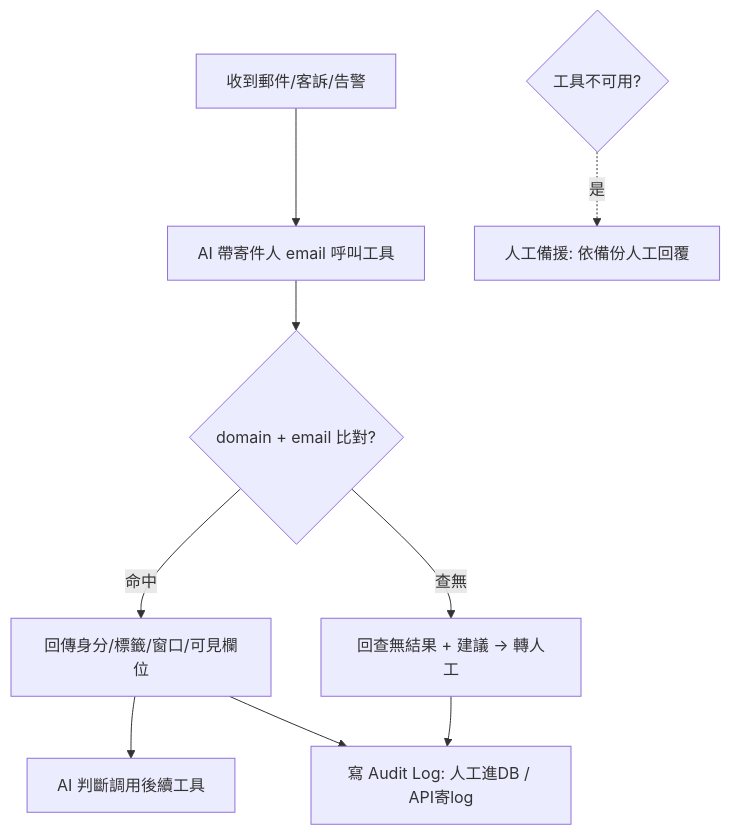
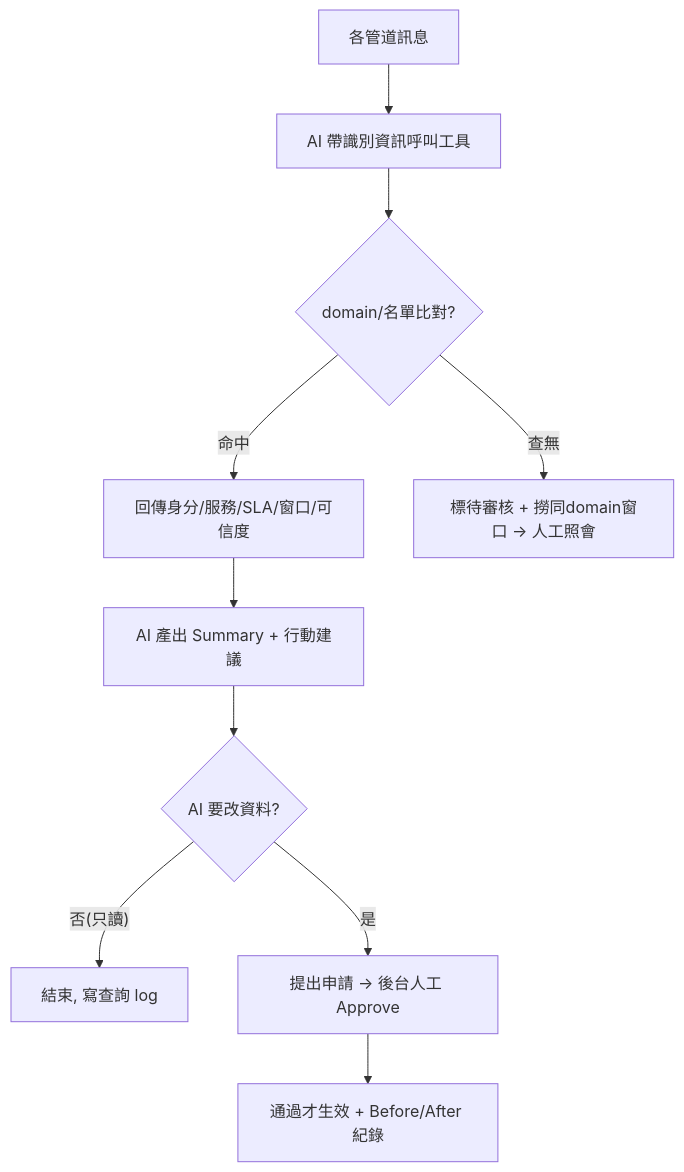
Before and after one commit to xclas721/read: the second of 2 diagrams in 05_我的作業/kyson_w3-spec.md, drawn with Mermaid. The commit also changed other lines of this file and 3 other files, not shown here.

````diff
--- a/05_我的作業/kyson_w3-spec.md
+++ b/05_我的作業/kyson_w3-spec.md
@@ -116,11 +132,12 @@
 ```mermaid
 flowchart TD
-    A[收到郵件/客訴/告警] --> B[AI 帶寄件人 email 呼叫工具]
-    B --> C{domain + email 比對?}
-    C -- 命中 --> D[回傳身分/標籤/窗口/可見欄位]
-    C -- 查無 --> E[回查無結果 + 建議 → 轉人工]
-    D --> F[AI 判斷調用後續工具]
-    D --> G[寫 Audit Log: 人工進DB / API寄log]
-    E --> G
-    H{工具不可用?} -. 是 .-> I[人工備援: 依備份人工回覆]
+    A[各管道訊息] --> B[AI 帶識別資訊呼叫工具]
+    B --> C{domain/名單比對?}
+    C -- 命中 --> D[回傳身分/服務/SLA/窗口/可信度]
+    C -- 查無 --> E[標待審核 + 撈同domain窗口 → 人工照會]
+    D --> F[AI 產出 Summary + 行動建議]
+    F --> G{AI 要改資料?}
+    G -- 否(只讀) --> H[結束, 寫查詢 log]
+    G -- 是 --> I[提出申請 → 後台人工 Approve]
+    I --> J[通過才生效 + Before/After 紀錄]
 ```
````
